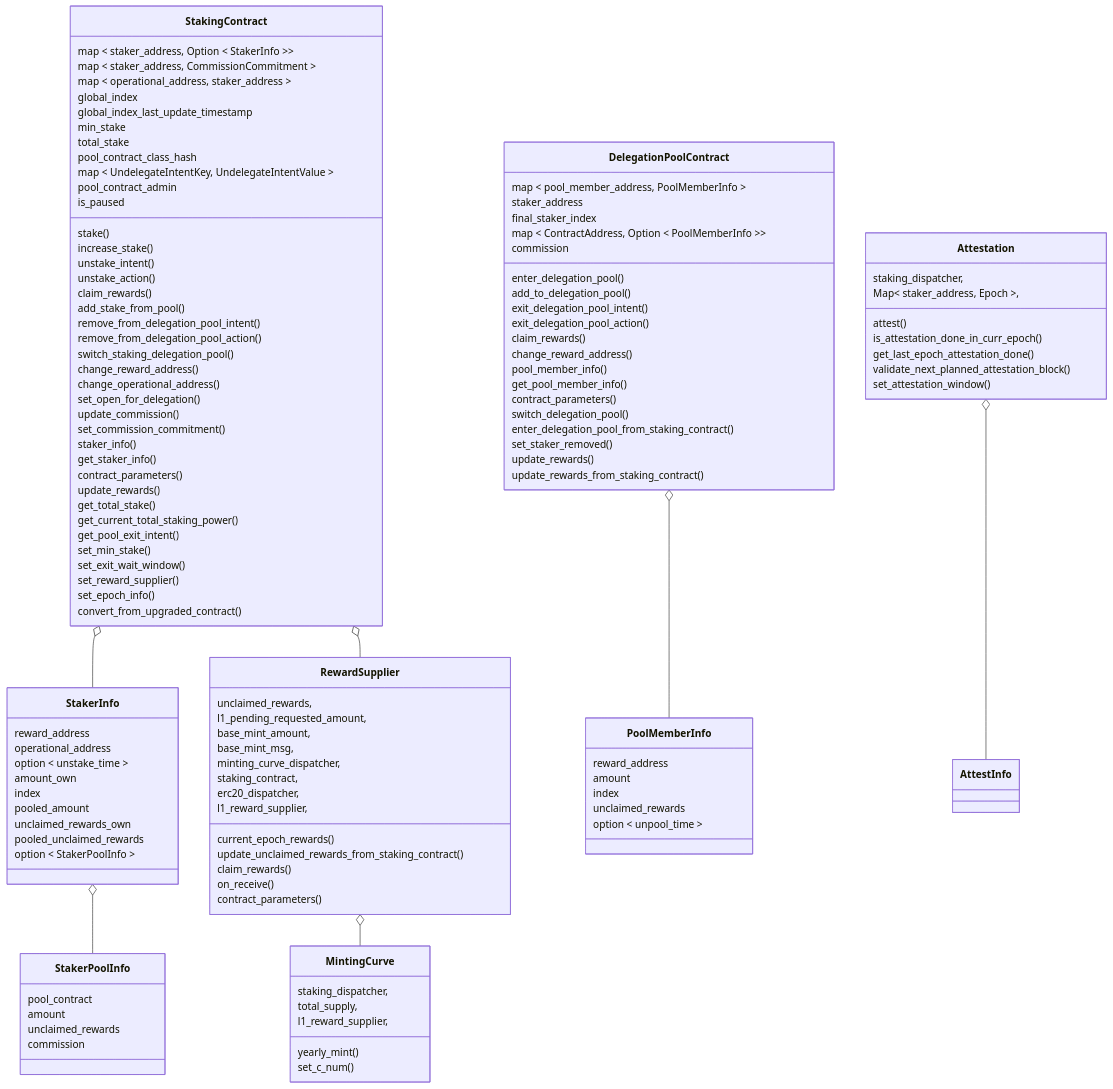
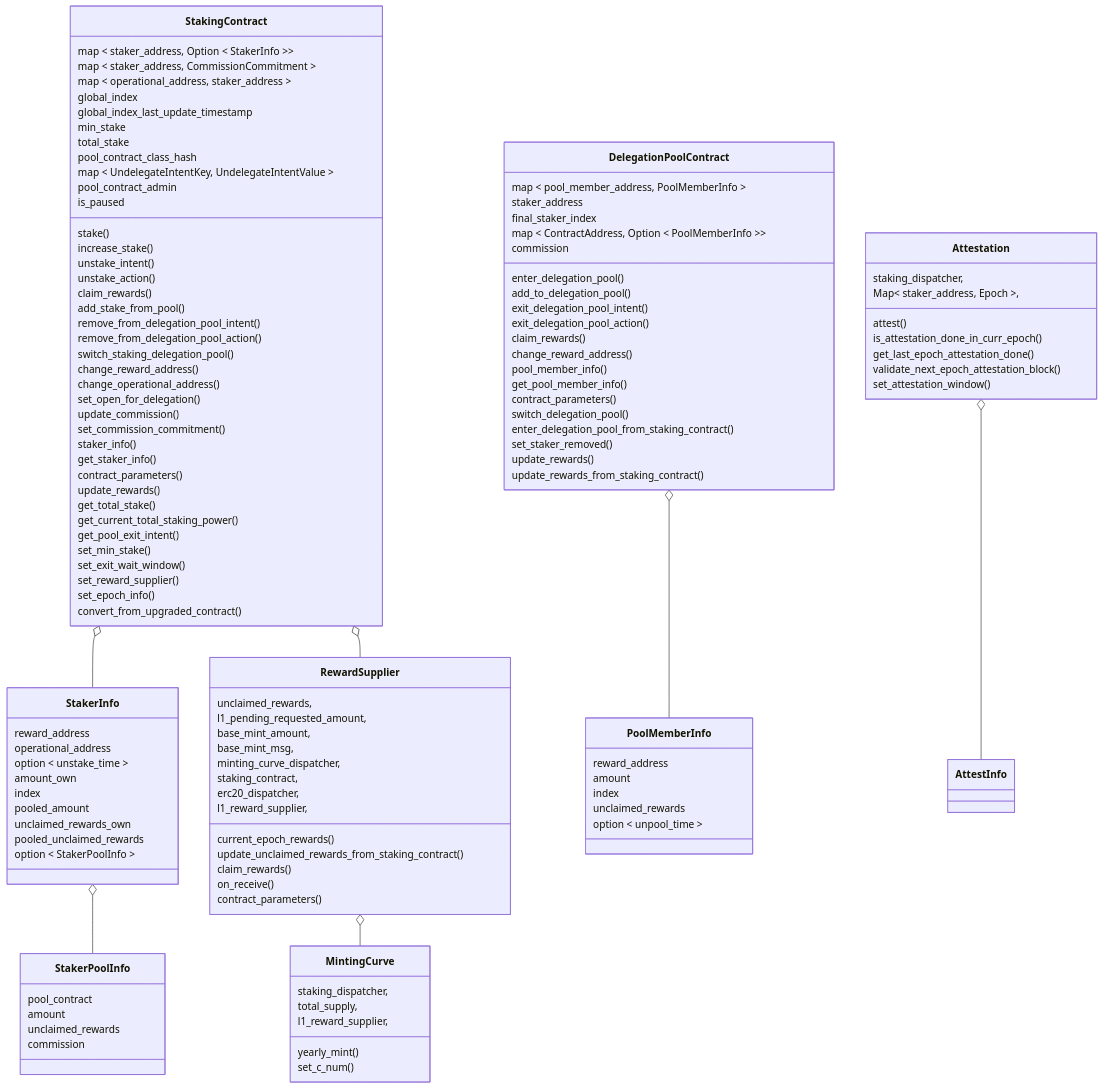
The first of 8 diagrams in workspace/apps/staking/docs/spec.md (starkware-libs/starknet-staking), drawn with Mermaid before and after one commit. The commit also changed other lines of this file and 5 other files, not shown here.

Commit message:
feat(staking): refactor set epoch id and starting block (#3612)

```diff
--- a/workspace/apps/staking/docs/spec.md
+++ b/workspace/apps/staking/docs/spec.md
@@ -312,7 +312,7 @@
     attest()
     is_attestation_done_in_curr_epoch()
     get_last_epoch_attestation_done()
-    validate_next_planned_attestation_block()
+    validate_next_epoch_attestation_block()
     set_attestation_window()
   }
   class AttestInfo{
```
